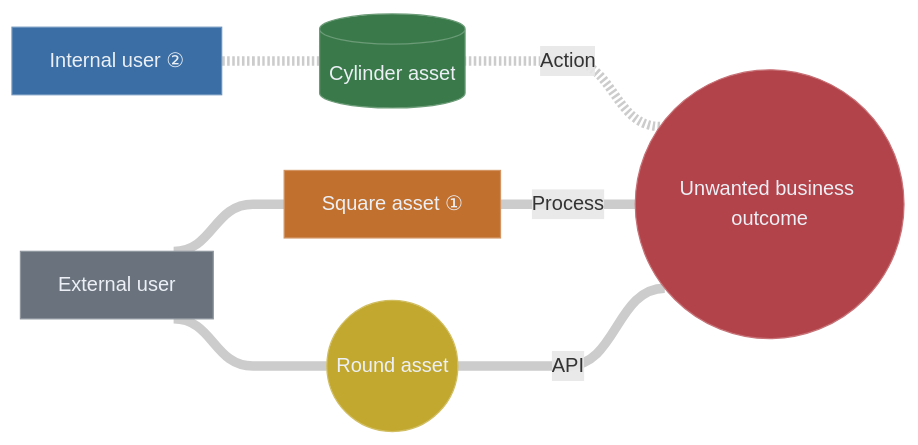
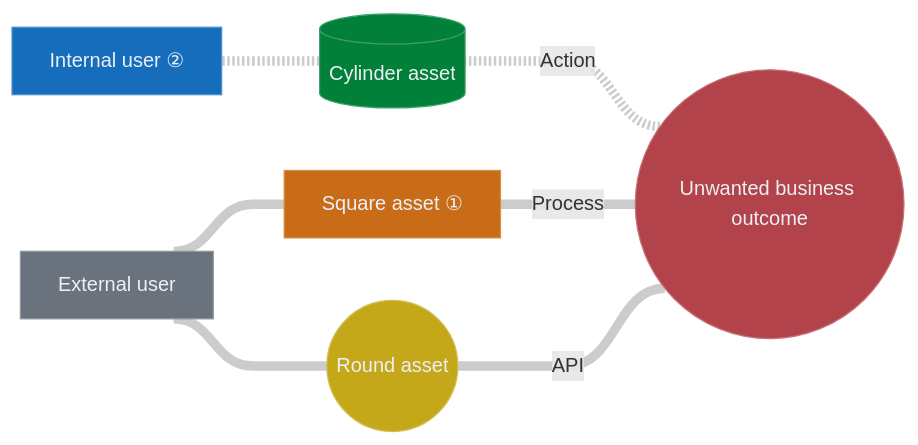
Before and after one commit to tomituominen/APME: the diagram in sample-graph.md, drawn with Mermaid. The commit also changed 3 other files, not shown here.

````diff
--- a/sample-graph.md
+++ b/sample-graph.md
@@ -3,28 +3,28 @@
 ```mermaid
 %%{init: {"flowchart": {"curve": "bumpX"}}}%%
 %% APM-DATA: {"v":1,"dir":"RL","master":"n2","pos":{"n2":[0,0],"n4":[-390,-227],"n5":[-390,-27],"n6":[-390,173],"n7":[-770,-235],"n8":[-770,65]},"bends":{"n2|n4":[-0.0741,0.3825],"n2|n5":[-0.0181,0.0348],"n2|n6":[-0.0486,-0.3349]},"notes":{"n5":"Important note about the asset","n7":"Important note about the user"}}
 flowchart RL
   n2(("Unwanted business outcome"))
   n4[("Cylinder asset")]
   n5["Square asset ①"]
   n6(("Round asset"))
   n7["Internal user ②"]
   n8["External user"]
   n2 -.-|"Action"| n4
   n2 ---|"Process"| n5
   n2 ---|"API"| n6
   n4 -.- n7
   n5 --- n8
   n6 --- n8
   linkStyle default stroke:#cccccc,stroke-width:7.5px;
 
   style n2 fill:#b3434a,stroke:#c67277,color:#ecf0f6
-  style n4 fill:#3a7a4a,stroke:#6b9b77,color:#ecf0f6
-  style n5 fill:#c2702e,stroke:#d19462,color:#ecf0f6
-  style n6 fill:#c2a82e,stroke:#d1be62,color:#ecf0f6
-  style n7 fill:#3a6ea5,stroke:#6b92bc,color:#ecf0f6
+  style n4 fill:#008038,stroke:#40a06a,color:#ecf0f6
+  style n5 fill:#c86c17,stroke:#d69151,color:#ecf0f6
+  style n6 fill:#c4a81a,stroke:#d3be53,color:#ecf0f6
+  style n7 fill:#156dbc,stroke:#5092cd,color:#ecf0f6
   style n8 fill:#6a737d,stroke:#8f969e,color:#ecf0f6
 
   click n5 "#note-n5" "Square asset"
   click n7 "#note-n7" "Internal user"
 ```
````
